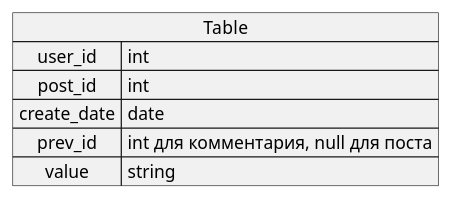
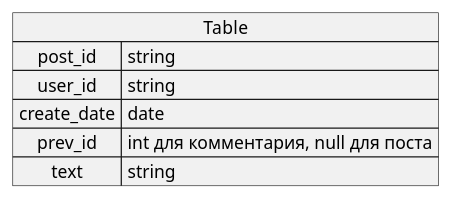
One commit to Navalgan/Service-oriented-architectures changed the diagram in doc/ER-comment.puml. Above: the diagram before and after it, drawn with PlantUML. The commit also changed 14 other files, not shown here.

```diff
--- a/doc/ER-comment.puml
+++ b/doc/ER-comment.puml
@@ -1,9 +1,9 @@
 @startuml
 map Table {
- user_id => int
- post_id => int
+ post_id => string
+ user_id => string
  create_date => date
  prev_id => int для комментария, null для поста
- value => string
+ text => string
 }
 @enduml
```
